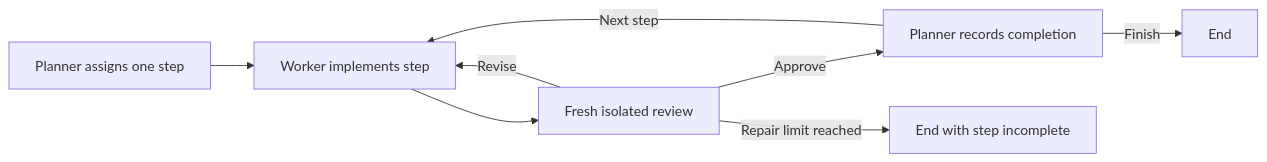
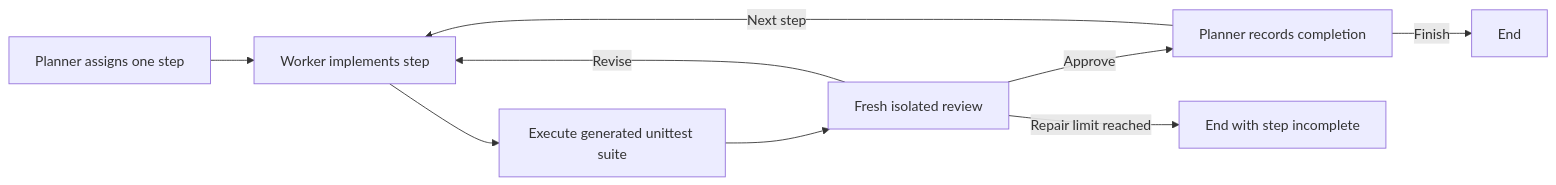
The diagram in samples/context_budget/README.md (martinbechard/lg-report), drawn with Mermaid before and after one commit. The commit also changed other lines of this file and 130 other files, not shown here.

````diff
--- a/samples/context_budget/README.md
+++ b/samples/context_budget/README.md
@@ -6,10 +6,11 @@
 ```mermaid
 flowchart LR
     P[Planner assigns one step] --> W[Worker implements step]
-    W --> R[Fresh isolated review]
+    W --> T[Execute generated unittest suite]
+    T --> R[Fresh isolated review]
     R -->|Revise| W
     R -->|Approve| U[Planner records completion]
     U -->|Next step| W
     U -->|Finish| E[End]
     R -->|Repair limit reached| B[End with step incomplete]
 ```
````
